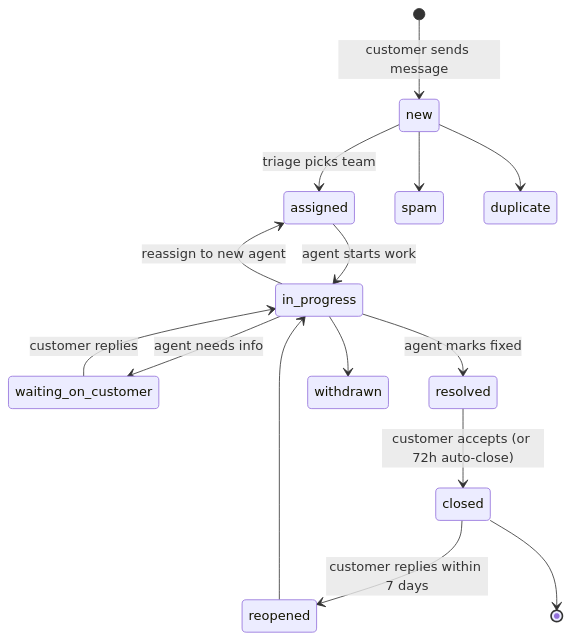
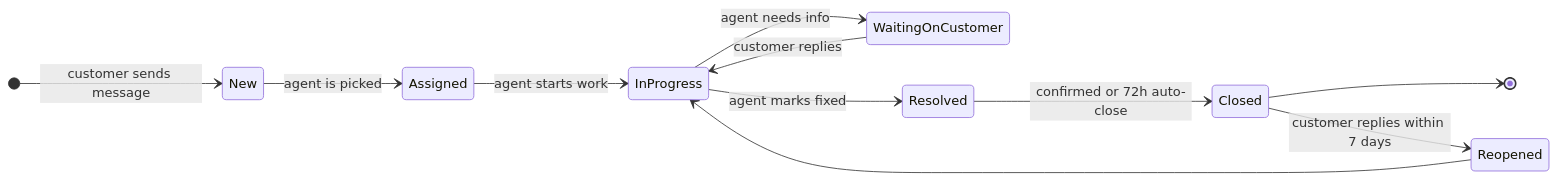
Before and after one commit to shiningflash/system-design: the first of 10 diagrams in problems/019-helpdesk-ticketing/question.md, drawn with Mermaid. The commit also changed other lines of this file and 38 other files, not shown here.

````diff
--- a/problems/019-helpdesk-ticketing/question.md
+++ b/problems/019-helpdesk-ticketing/question.md
@@ -135,17 +39,14 @@
 ```mermaid
 stateDiagram-v2
-    [*] --> new: customer sends message
-    new --> assigned: triage picks team
-    assigned --> in_progress: agent starts work
-    in_progress --> waiting_on_customer: agent needs info
-    waiting_on_customer --> in_progress: customer replies
-    in_progress --> resolved: agent marks fixed
-    resolved --> closed: customer accepts (or 72h auto-close)
-    closed --> reopened: customer replies within 7 days
-    reopened --> in_progress
-    in_progress --> assigned: reassign to new agent
-    new --> spam
-    new --> duplicate
-    in_progress --> withdrawn
-    closed --> [*]
+    direction LR
+    [*] --> New: customer sends message
+    New --> Assigned: agent is picked
+    Assigned --> InProgress: agent starts work
+    InProgress --> WaitingOnCustomer: agent needs info
+    WaitingOnCustomer --> InProgress: customer replies
+    InProgress --> Resolved: agent marks fixed
+    Resolved --> Closed: confirmed or 72h auto-close
+    Closed --> [*]
+    Closed --> Reopened: customer replies within 7 days
+    Reopened --> InProgress
 ```
````
